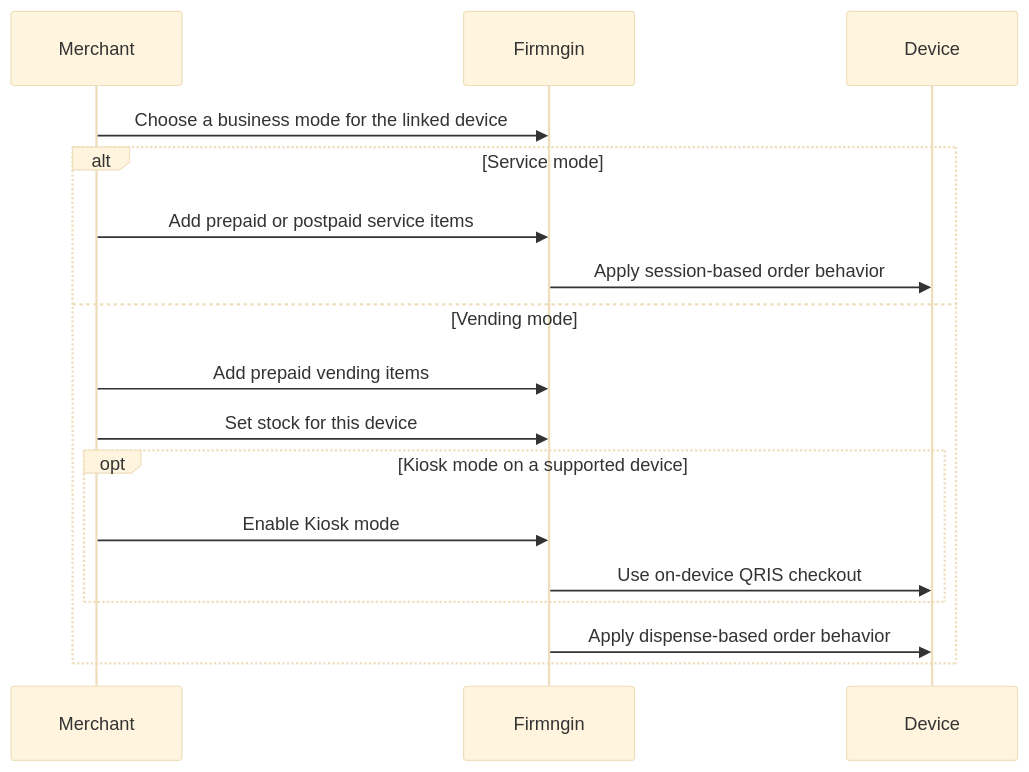
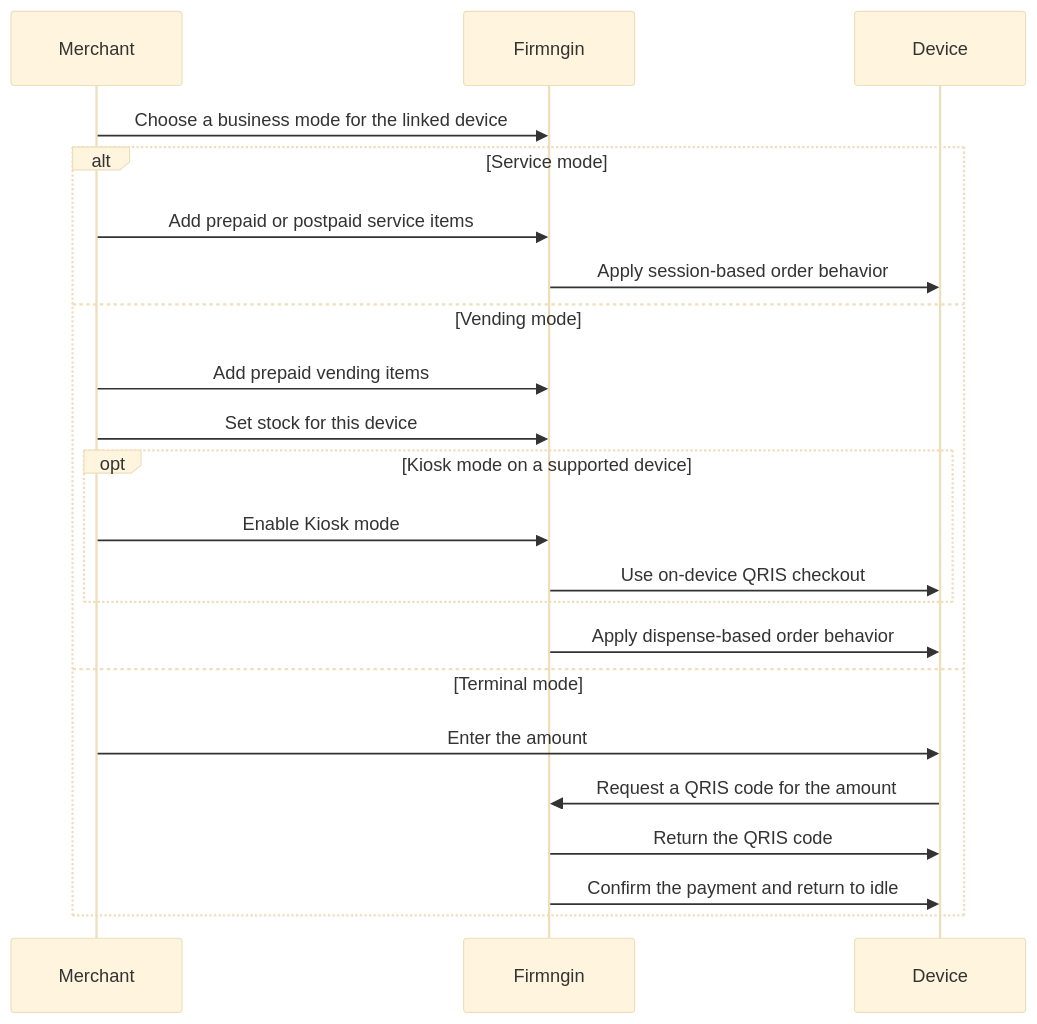
One commit to firmngin/docs changed the diagram in monetization/business-modes.mdx. Above: the diagram before and after it, drawn with Mermaid (base theme). The commit also changed other lines of this file and 3 other files, not shown here.

Commit message:
docs(monetization): add Terminal business mode

````diff
--- a/monetization/business-modes.mdx
+++ b/monetization/business-modes.mdx
@@ -68,19 +133,24 @@
 ```mermaid actions={false}
 sequenceDiagram
     participant Merchant
     participant Firmngin
     participant Device
     Merchant->>Firmngin: Choose a business mode for the linked device
     alt Service mode
         Merchant->>Firmngin: Add prepaid or postpaid service items
         Firmngin->>Device: Apply session-based order behavior
     else Vending mode
         Merchant->>Firmngin: Add prepaid vending items
         Merchant->>Firmngin: Set stock for this device
         opt Kiosk mode on a supported device
             Merchant->>Firmngin: Enable Kiosk mode
             Firmngin->>Device: Use on-device QRIS checkout
         end
         Firmngin->>Device: Apply dispense-based order behavior
+    else Terminal mode
+        Merchant->>Device: Enter the amount
+        Device->>Firmngin: Request a QRIS code for the amount
+        Firmngin->>Device: Return the QRIS code
+        Firmngin->>Device: Confirm the payment and return to idle
     end
 ```
````
